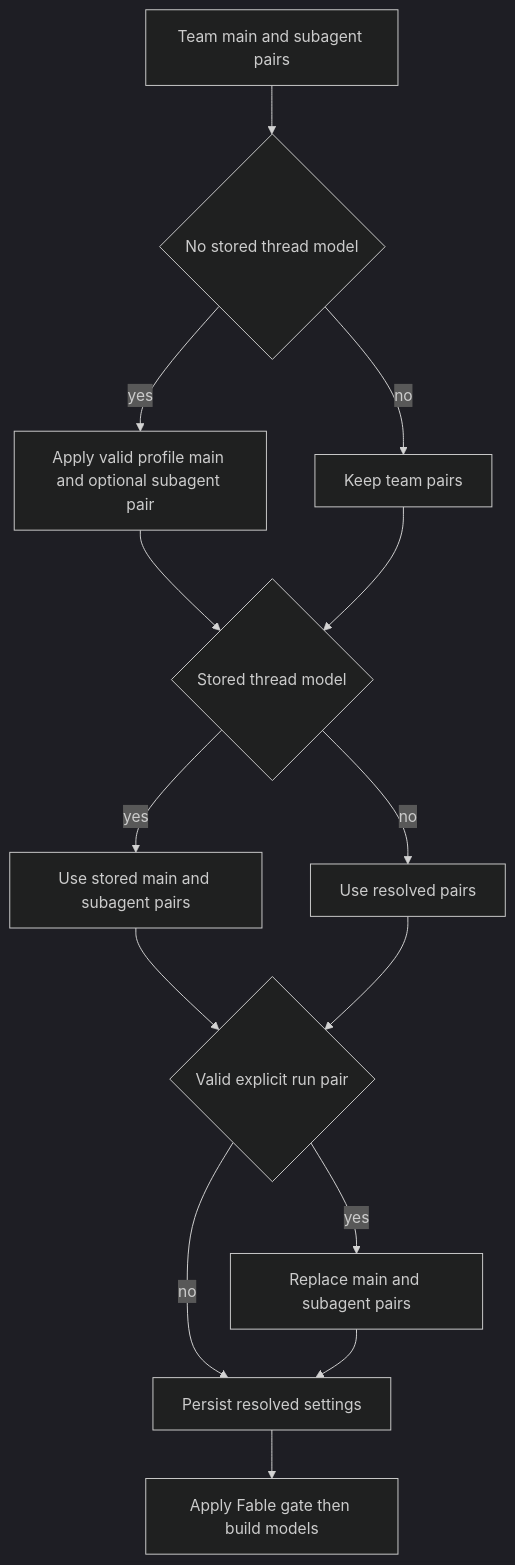
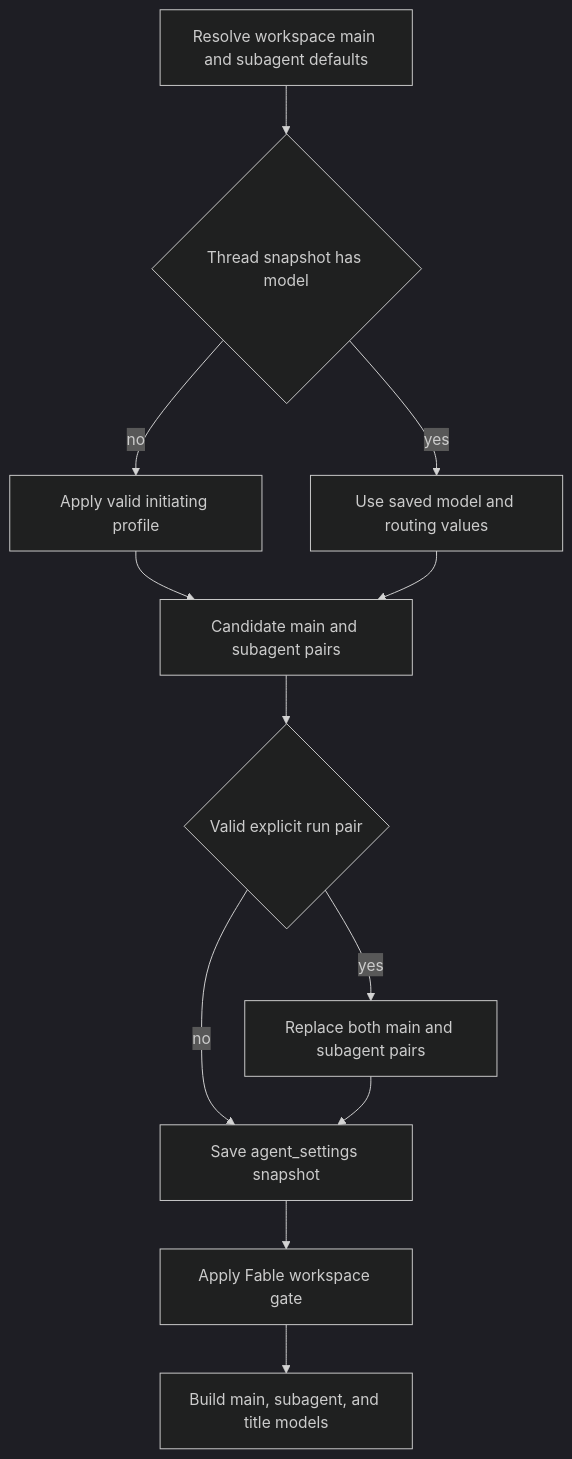
Before and after one commit to langchain-ai/open-swe: the diagram in openwiki/concepts/models-profiles-instructions.md, drawn with Mermaid (dark theme). The commit also changed other lines of this file and 51 other files, not shown here.

````diff
--- a/openwiki/concepts/models-profiles-instructions.md
+++ b/openwiki/concepts/models-profiles-instructions.md
@@ -70,16 +73,14 @@
 ```mermaid
 flowchart TD
-  Team["Team main and subagent pairs"] --> Profile{"No stored thread model"}
-  Profile -- "yes" --> ApplyProfile["Apply valid profile main and optional subagent pair"]
-  Profile -- "no" --> KeepTeam["Keep team pairs"]
-  ApplyProfile --> Stored{"Stored thread model"}
-  KeepTeam --> Stored
-  Stored -- "yes" --> Snapshot["Use stored main and subagent pairs"]
-  Stored -- "no" --> Initial["Use resolved pairs"]
-  Snapshot --> Explicit{"Valid explicit run pair"}
-  Initial --> Explicit
-  Explicit -- "yes" --> Replace["Replace main and subagent pairs"]
-  Explicit -- "no" --> Persist["Persist resolved settings"]
-  Replace --> Persist
-  Persist --> Gate["Apply Fable gate then build models"]
+  Defaults["Resolve workspace main and subagent defaults"] --> Existing{"Thread snapshot has model"}
+  Existing -- "no" --> Profile["Apply valid initiating profile"]
+  Existing -- "yes" --> Snapshot["Use saved model and routing values"]
+  Profile --> Choice["Candidate main and subagent pairs"]
+  Snapshot --> Choice
+  Choice --> Explicit{"Valid explicit run pair"}
+  Explicit -- "yes" --> Replace["Replace both main and subagent pairs"]
+  Explicit -- "no" --> Save["Save agent_settings snapshot"]
+  Replace --> Save
+  Save --> Gate["Apply Fable workspace gate"]
+  Gate --> Build["Build main, subagent, and title models"]
 ```
````
